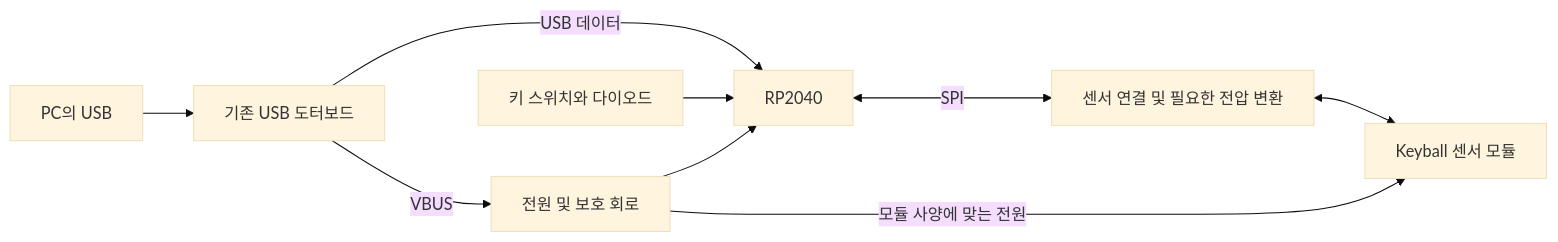
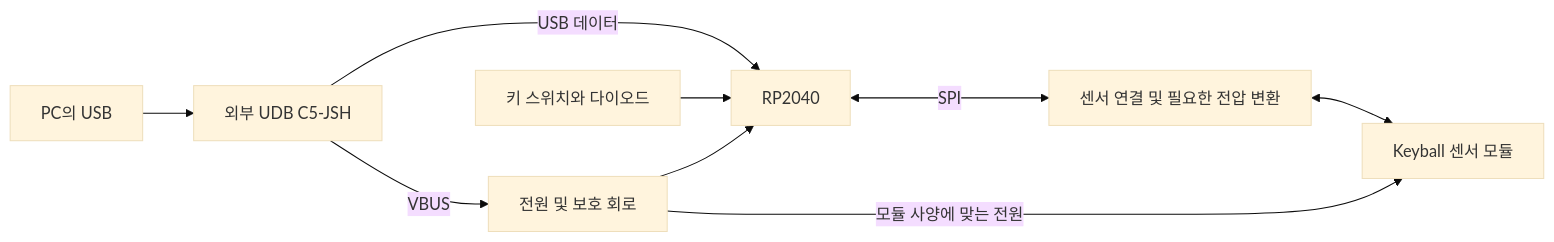
Before and after one commit to gytkk/keycult-ball: the diagram in docs/pcb-implementation-plan.md, drawn with Mermaid (base theme). The commit also changed other lines of this file and 47 other files, not shown here.

````diff
--- a/docs/pcb-implementation-plan.md
+++ b/docs/pcb-implementation-plan.md
@@ -37,11 +37,11 @@
 ```mermaid
 flowchart LR
-    PC[PC의 USB] --> USB[기존 USB 도터보드]
+    PC[PC의 USB] --> USB[외부 UDB C5-JSH]
     USB -->|USB 데이터| MCU[RP2040]
     USB -->|VBUS| POWER[전원 및 보호 회로]
     POWER --> MCU
     MATRIX[키 스위치와 다이오드] --> MCU
     MCU <-->|SPI| INTERFACE[센서 연결 및 필요한 전압 변환]
     INTERFACE <--> SENSOR[Keyball 센서 모듈]
     POWER -->|모듈 사양에 맞는 전원| SENSOR
 ```
````
